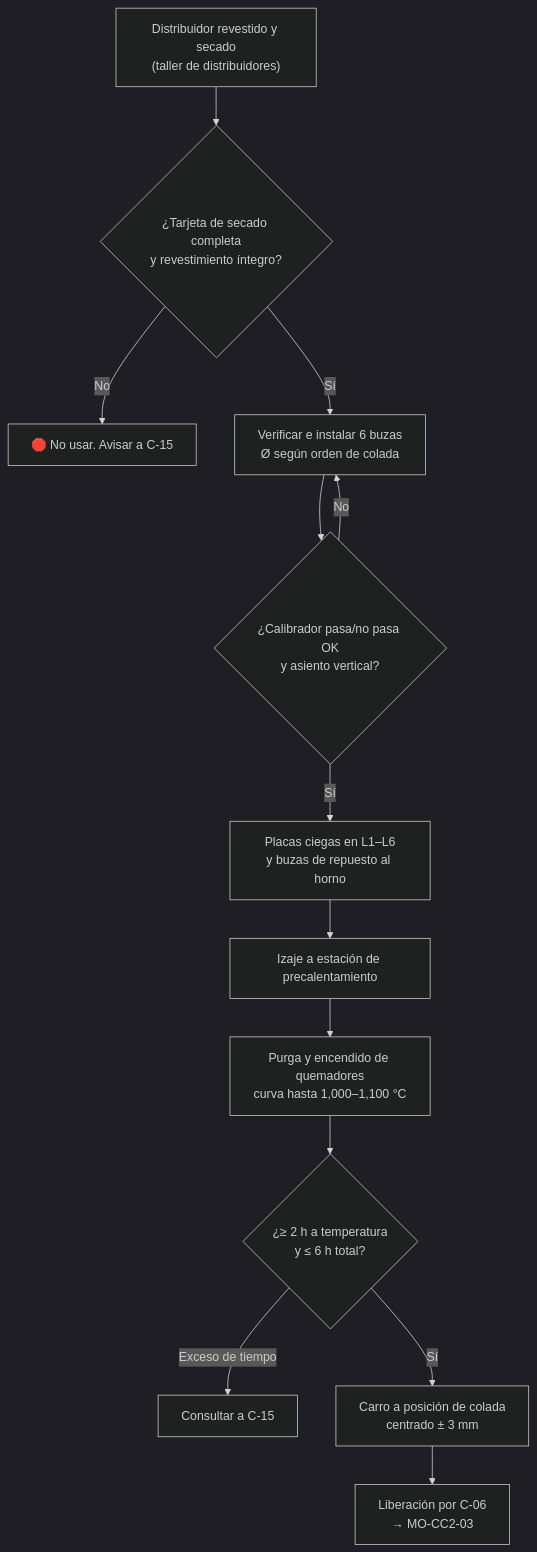
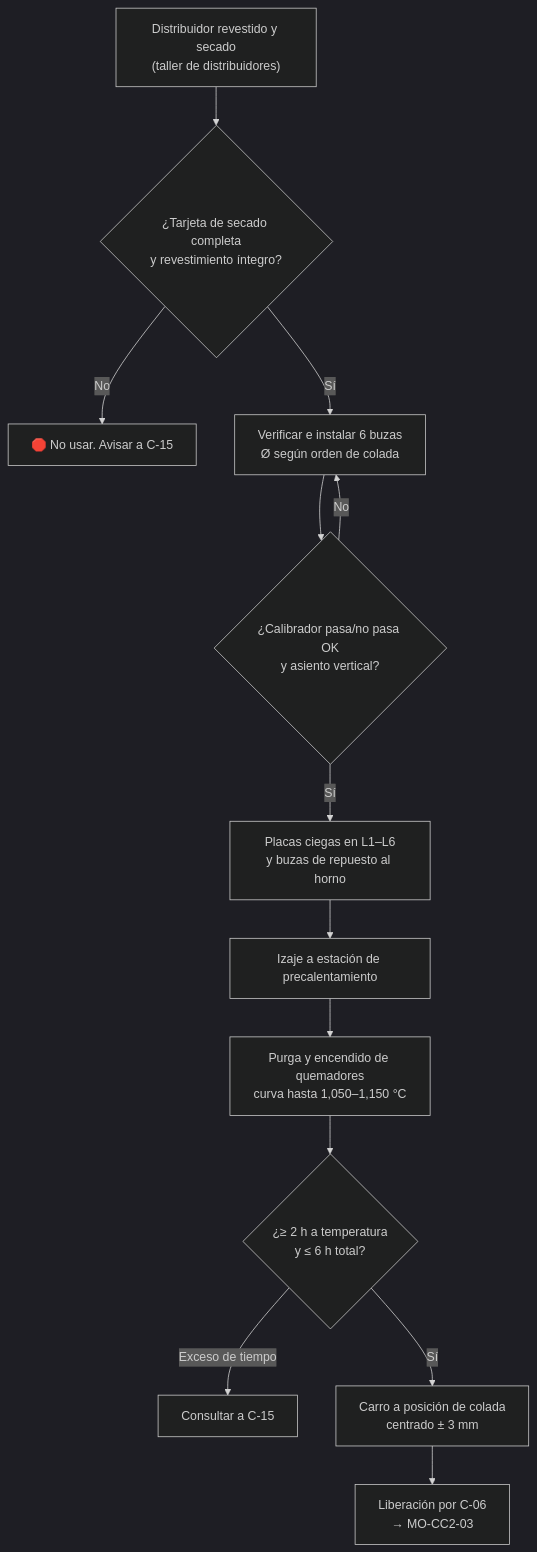
One commit to diegocardonaguzman03-maker/HR changed the diagram in 10-plantas/01-steelmaking/02-operacion/cc2/MO-CC2-01-preparacion-distribuidor-buzas.md. Above: the diagram before and after it, drawn with Mermaid (dark theme). The commit also changed other lines of this file and 59 other files, not shown here.

````diff
--- a/10-plantas/01-steelmaking/02-operacion/cc2/MO-CC2-01-preparacion-distribuidor-buzas.md
+++ b/10-plantas/01-steelmaking/02-operacion/cc2/MO-CC2-01-preparacion-distribuidor-buzas.md
@@ -33,15 +33,15 @@
 ```mermaid
 flowchart TD
     A["Distribuidor revestido y secado<br/>(taller de distribuidores)"] --> B{"¿Tarjeta de secado completa<br/>y revestimiento íntegro?"}
     B -- No --> B1["🛑 No usar. Avisar a C-15"]
     B -- Sí --> C["Verificar e instalar 6 buzas<br/>Ø según orden de colada"]
     C --> D{"¿Calibrador pasa/no pasa OK<br/>y asiento vertical?"}
     D -- No --> C
     D -- Sí --> E["Placas ciegas en L1–L6<br/>y buzas de repuesto al horno"]
     E --> F["Izaje a estación de precalentamiento"]
-    F --> G["Purga y encendido de quemadores<br/>curva hasta 1,000–1,100 °C"]
+    F --> G["Purga y encendido de quemadores<br/>curva hasta 1,050–1,150 °C"]
     G --> H{"¿≥ 2 h a temperatura<br/>y ≤ 6 h total?"}
     H -- "Exceso de tiempo" --> H1["Consultar a C-15"]
     H -- Sí --> I["Carro a posición de colada<br/>centrado ± 3 mm"]
     I --> J["Liberación por C-06<br/>→ MO-CC2-03"]
 ```
````
